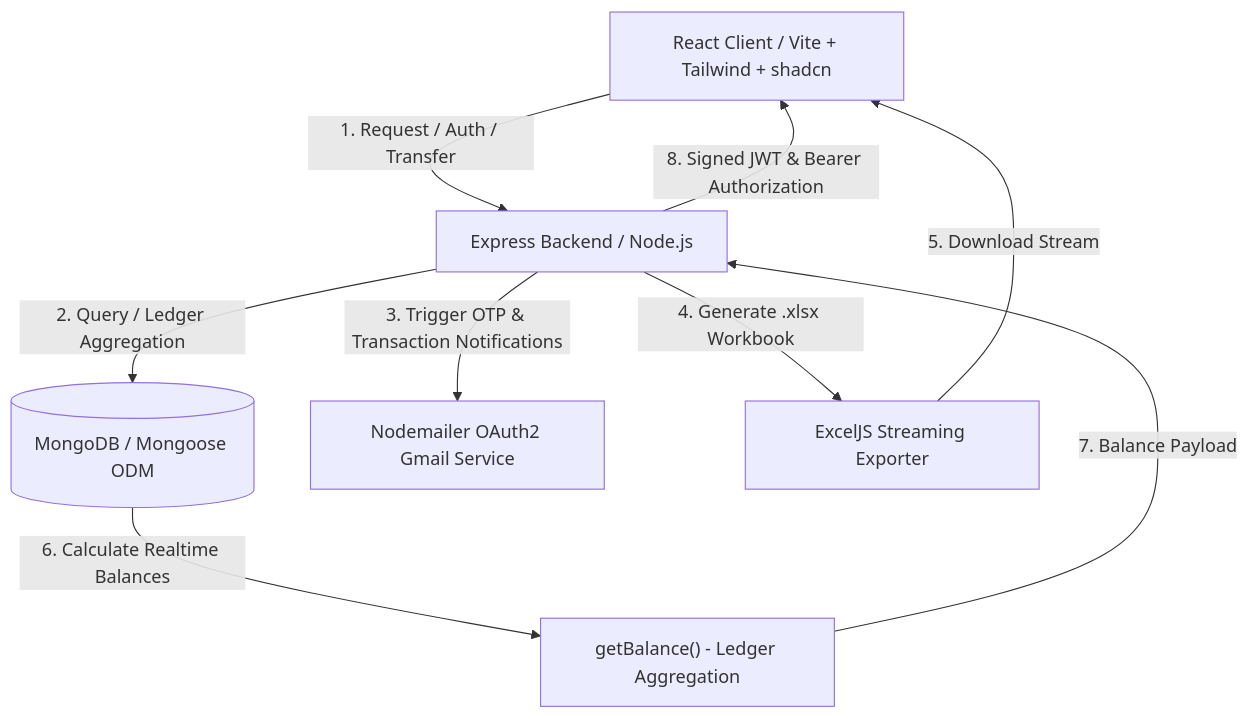
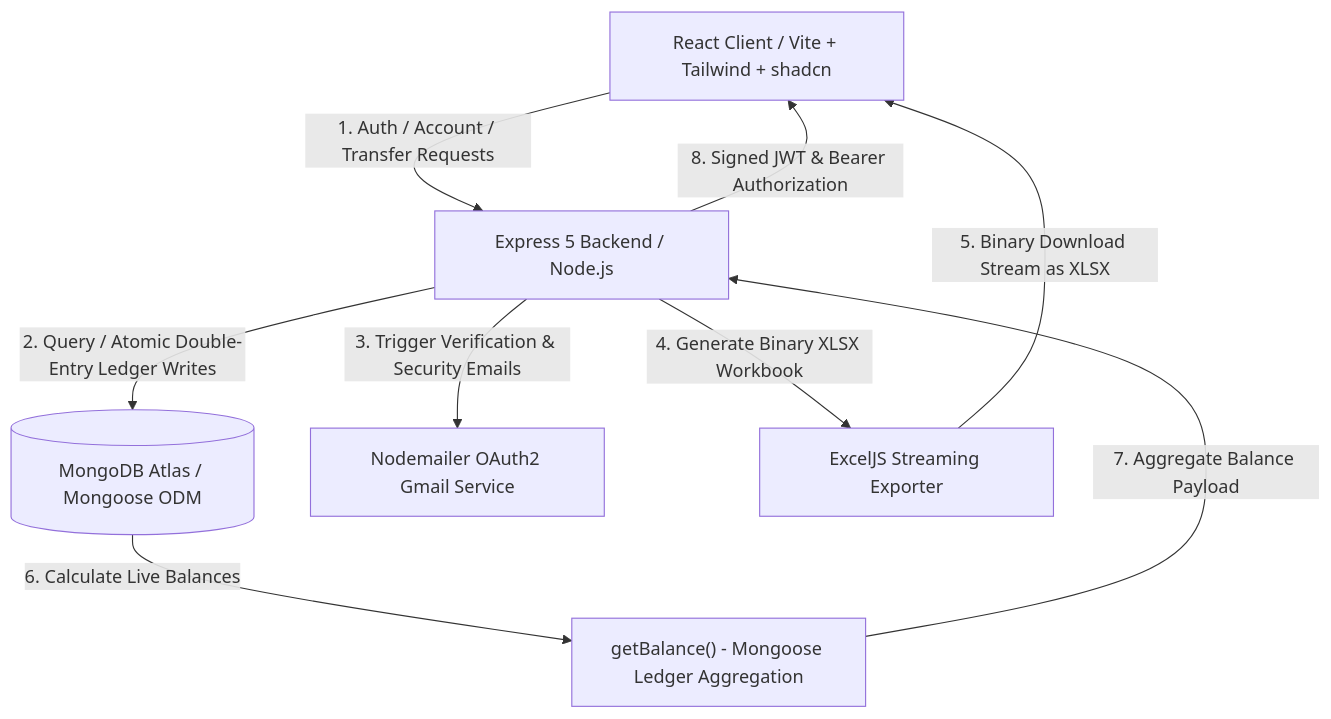
The first of 6 diagrams in README.md (nihar5776/Banking-System), drawn with Mermaid before and after one commit. The commit also changed other lines of this file, not shown here.

Commit message:
docs: complete redesign of README.md with detailed file links, API specs, and 5 Mermaid workflow diagrams

````diff
--- a/README.md
+++ b/README.md
@@ -23,11 +25,11 @@
 ```mermaid
 graph TD
-    Client[React Client / Vite + Tailwind + shadcn] -->|1. Request / Auth / Transfer| Backend[Express Backend / Node.js]
-    Backend -->|2. Query / Ledger Aggregation| Database[(MongoDB / Mongoose ODM)]
-    Backend -->|3. Trigger OTP & Transaction Notifications| EmailService[Nodemailer OAuth2 Gmail Service]
-    Backend -->|4. Generate .xlsx Workbook| ExcelService[ExcelJS Streaming Exporter]
-    ExcelService -->|5. Download Stream| Client
-    Database -->|6. Calculate Realtime Balances| BalanceEngine["getBalance() - Ledger Aggregation"]
-    BalanceEngine -->|7. Balance Payload| Backend
+    Client[React Client / Vite + Tailwind + shadcn] -->|1. Auth / Account / Transfer Requests| Backend[Express 5 Backend / Node.js]
+    Backend -->|2. Query / Atomic Double-Entry Ledger Writes| Database[(MongoDB Atlas / Mongoose ODM)]
+    Backend -->|3. Trigger Verification & Security Emails| EmailService[Nodemailer OAuth2 Gmail Service]
+    Backend -->|4. Generate Binary XLSX Workbook| ExcelService[ExcelJS Streaming Exporter]
+    ExcelService -->|5. Binary Download Stream as XLSX| Client
+    Database -->|6. Calculate Live Balances| BalanceEngine["getBalance() - Mongoose Ledger Aggregation"]
+    BalanceEngine -->|7. Aggregate Balance Payload| Backend
     Backend -->|8. Signed JWT & Bearer Authorization| Client
 ```
````
